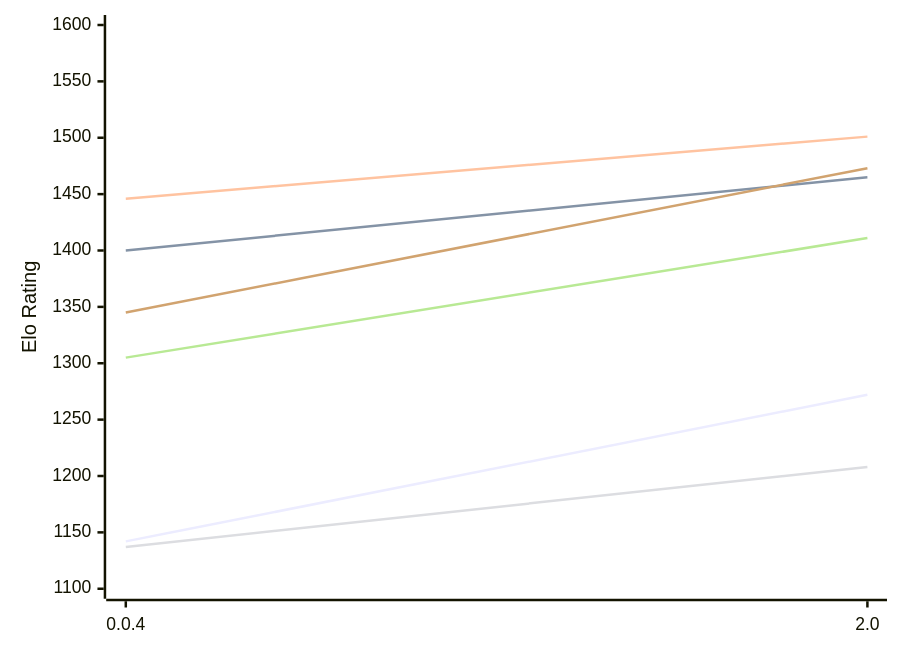
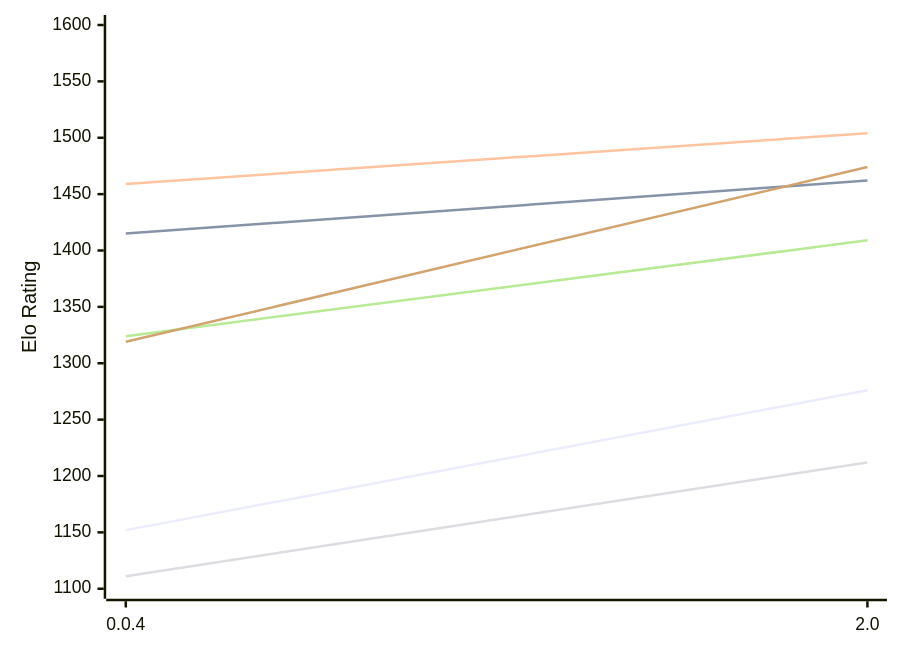
Before and after one commit to computer-chess-index/cci: the first of 2 diagrams in engines/Oops!Mate.md, drawn with Mermaid. The commit also changed other lines of this file, not shown here.

Commit message:
Update CCI Ratings (ELO VLTC) - 2026-11-16

````diff
--- a/engines/Oops!Mate.md
+++ b/engines/Oops!Mate.md
@@ -50,12 +50,12 @@
 ```mermaid
 %%{init: {"theme":"base","themeVariables":{"seriesColors:['#a3a3a3','#222221','#faa371']}}}%%
 xychart-beta
   x-axis ["0.0.4", "2.0"]
   y-axis "Elo Rating" 1100 --> 1600
-  line "E1: STC (8.0+0.08s)" [1142, 1272]
-  line "E1: LTC (60.0+0.60s)" [1400, 1465]
-  line "E1: VLTC (2m24s+1.12s)" [1446, 1501]
-  line "P1: STC (8.0+0.08s)" [1137, 1208]
-  line "P1: LTC (60.0+0.60s)" [1305, 1411]
-  line "P1: VLTC (2m24s+1.12s)" [1345, 1473]
+  line "E1: STC (8.0+0.08s)" [1152, 1276]
+  line "E1: LTC (60.0+0.60s)" [1415, 1462]
+  line "E1: VLTC (2m24s+1.12s)" [1459, 1504]
+  line "P1: STC (8.0+0.08s)" [1111, 1212]
+  line "P1: LTC (60.0+0.60s)" [1324, 1409]
+  line "P1: VLTC (2m24s+1.12s)" [1319, 1474]
 ```
````
